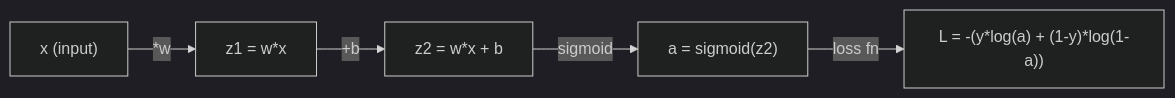
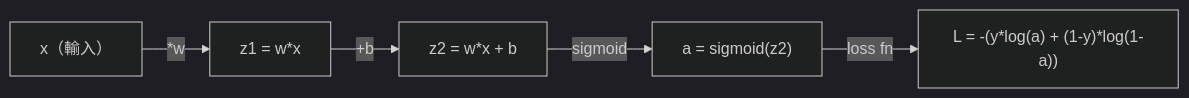
One commit to edward821220/ai-engineering-from-scratch changed the first of 4 diagrams in i18n/zh-TW/phases/01-math-foundations/04-calculus-for-ml/docs/zh-TW.md. Above: the diagram before and after it, drawn with Mermaid (dark theme). The commit also changed other lines of this file and 123 other files, not shown here.

````diff
--- a/i18n/zh-TW/phases/01-math-foundations/04-calculus-for-ml/docs/zh-TW.md
+++ b/i18n/zh-TW/phases/01-math-foundations/04-calculus-for-ml/docs/zh-TW.md
@@ -330,7 +330,7 @@
 ```mermaid
 graph LR
-    x["x (input)"] -->|"*w"| z1["z1 = w*x"]
+    x["x（輸入）"] -->|"*w"| z1["z1 = w*x"]
     z1 -->|"+b"| z2["z2 = w*x + b"]
     z2 -->|"sigmoid"| a["a = sigmoid(z2)"]
     a -->|"loss fn"| L["L = -(y*log(a) + (1-y)*log(1-a))"]
 ```
````
